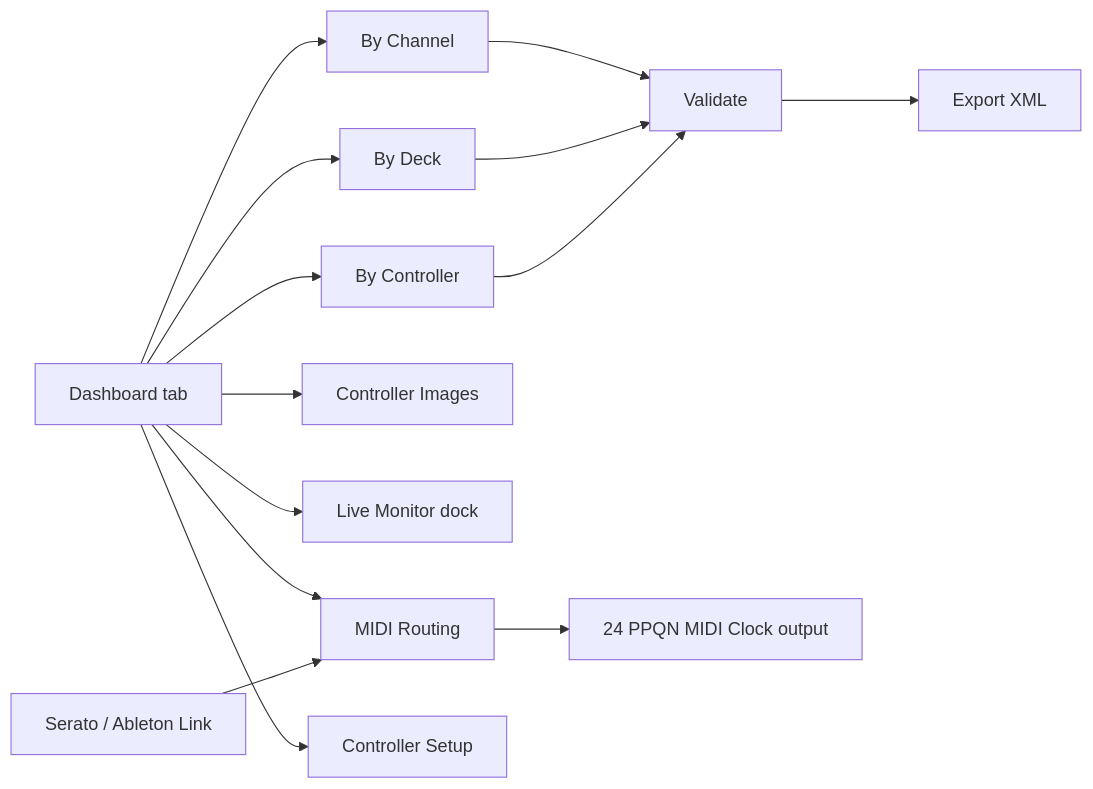
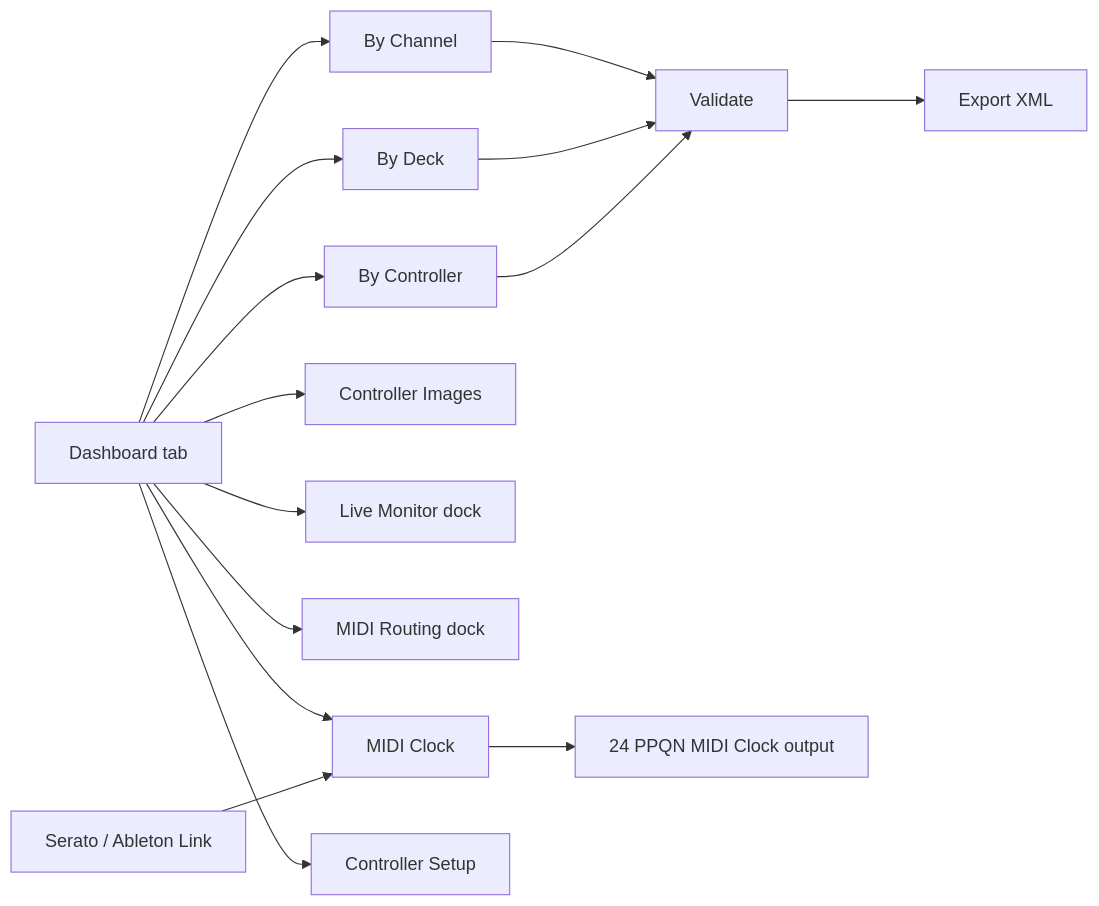
Before and after one commit to guillain/DJ-MIDI-Studio: the diagram in README.md, drawn with Mermaid. The commit also changed other lines of this file and 37 other files, not shown here.

Commit message:
feat: make MIDI Clock an independent tool

````diff
--- a/README.md
+++ b/README.md
@@ -78,16 +82,17 @@
 ```mermaid
 flowchart LR
     Intro[Dashboard tab] --> Channel[By Channel]
 	Intro --> Deck[By Deck]
 	Intro --> Controller[By Controller]
 	Intro --> Images[Controller Images]
 	Intro --> Monitor[Live Monitor dock]
 	Intro --> Routing[MIDI Routing dock]
+	Intro --> Clock[MIDI Clock dock]
 	Intro --> Setup[Controller Setup]
 	Channel --> Validate[Validate]
 	Deck --> Validate
 	Controller --> Validate
 	Validate --> Export[Export XML]
-	Link[Serato / Ableton Link] --> Routing[MIDI Routing]
-	Routing --> Clock[24 PPQN MIDI Clock output]
+	Link[Serato / Ableton Link] --> Clock[MIDI Clock]
+	Clock --> Output[24 PPQN MIDI Clock output]
 ```
````
